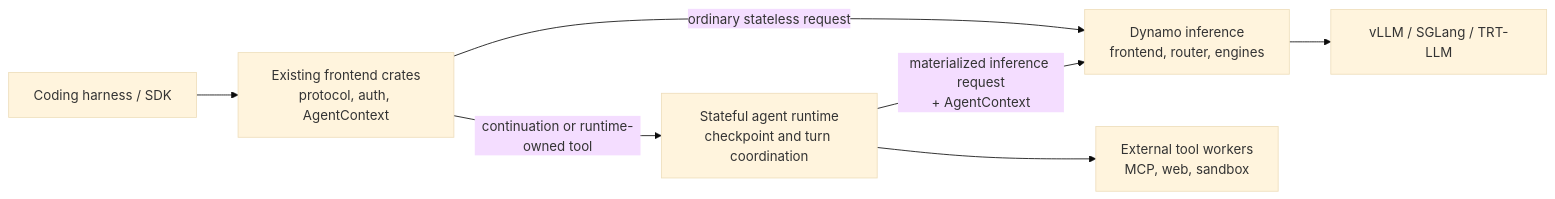
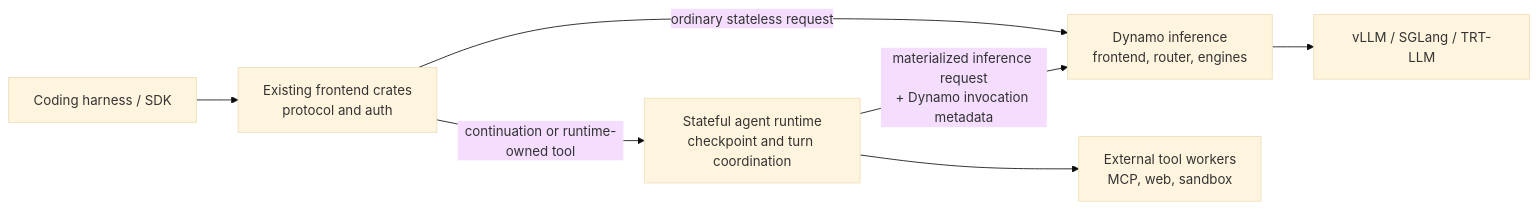
Before and after one commit to ai-dynamo/dynamo: the first of 3 diagrams in docs/design/stateful-agent-runtime.md, drawn with Mermaid (base theme). The commit also changed other lines of this file, not shown here.

Commit message:
docs: clarify Dynamo agent context ownership

````diff
--- a/docs/design/stateful-agent-runtime.md
+++ b/docs/design/stateful-agent-runtime.md
@@ -62,9 +62,9 @@
 ```mermaid
 flowchart LR
-  C["Coding harness / SDK"] --> F["Existing frontend crates\nprotocol, auth, AgentContext"]
+  C["Coding harness / SDK"] --> F["Existing frontend crates\nprotocol and auth"]
   F -->|"ordinary stateless request"| D["Dynamo inference\nfrontend, router, engines"]
   F -->|"continuation or runtime-owned tool"| R["Stateful agent runtime\ncheckpoint and turn coordination"]
-  R -->|"materialized inference request\n+ AgentContext"| D
+  R -->|"materialized inference request\n+ Dynamo invocation metadata"| D
   R --> W["External tool workers\nMCP, web, sandbox"]
   D --> E["vLLM / SGLang / TRT-LLM"]
 ```
````
